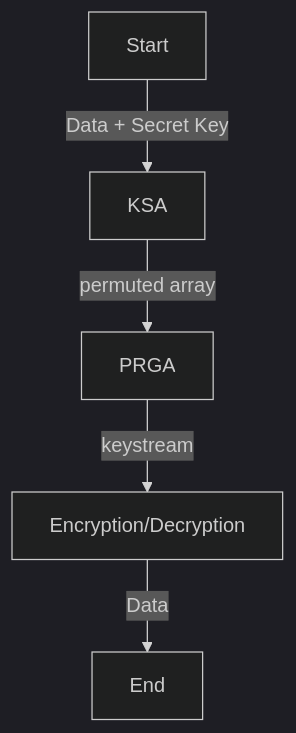
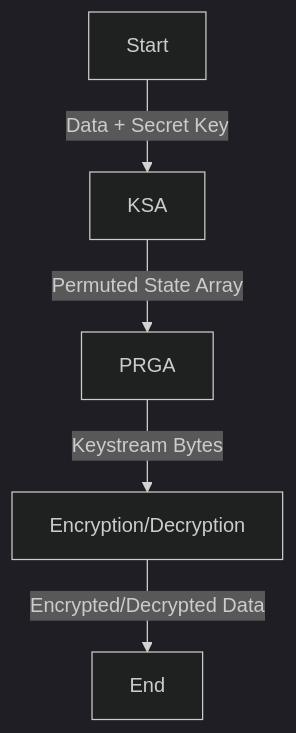
One commit to Kent1mrqs/WiFEncryptionSimulation changed the diagram in Cryptography/WEP/RC4.md. Above: the diagram before and after it, drawn with Mermaid (dark theme). The commit also changed other lines of this file and 10 other files, not shown here.

````diff
--- a/Cryptography/WEP/RC4.md
+++ b/Cryptography/WEP/RC4.md
@@ -5,8 +8,7 @@
 ```mermaid
 graph TD
     A[Start] --> |Data + Secret Key| B[KSA]
-    B --> |permuted array| C[PRGA]
-    C --> |keystream| D[Encryption/Decryption]
-    D --> |Data| E[End]
-
+    B --> |Permuted State Array| C[PRGA]
+    C --> |Keystream Bytes| D[Encryption/Decryption]
+    D --> |Encrypted/Decrypted Data| E[End]
 ```
````
